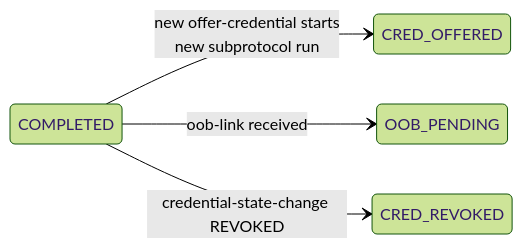
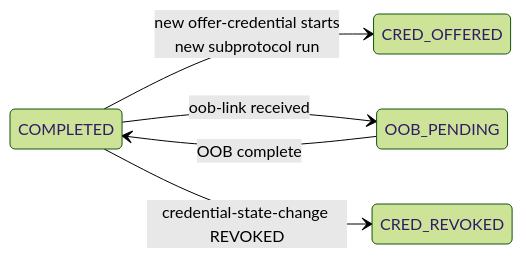
One commit to verana-labs/verana-spec changed the fourth of 4 diagrams in v4/vt-flow-protocol/spec.md. Above: the diagram before and after it, drawn with Mermaid (forest theme).

````diff
--- a/v4/vt-flow-protocol/spec.md
+++ b/v4/vt-flow-protocol/spec.md
@@ -538,7 +538,8 @@
 ```mermaid
 stateDiagram-v2
     direction LR
     COMPLETED --> CRED_OFFERED: new offer-credential starts<br/>new subprotocol run
     COMPLETED --> OOB_PENDING: oob-link received
+    OOB_PENDING --> COMPLETED: OOB complete
     COMPLETED --> CRED_REVOKED: credential-state-change REVOKED
 ```
````
